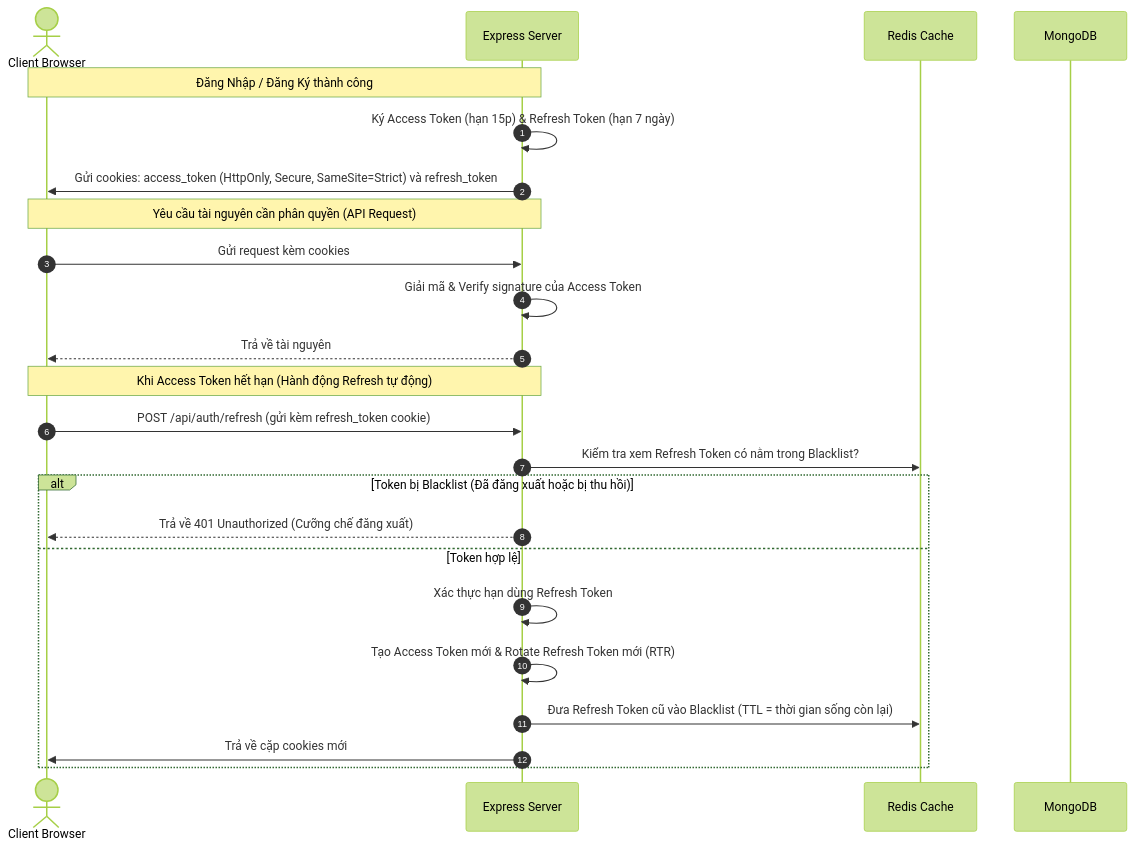
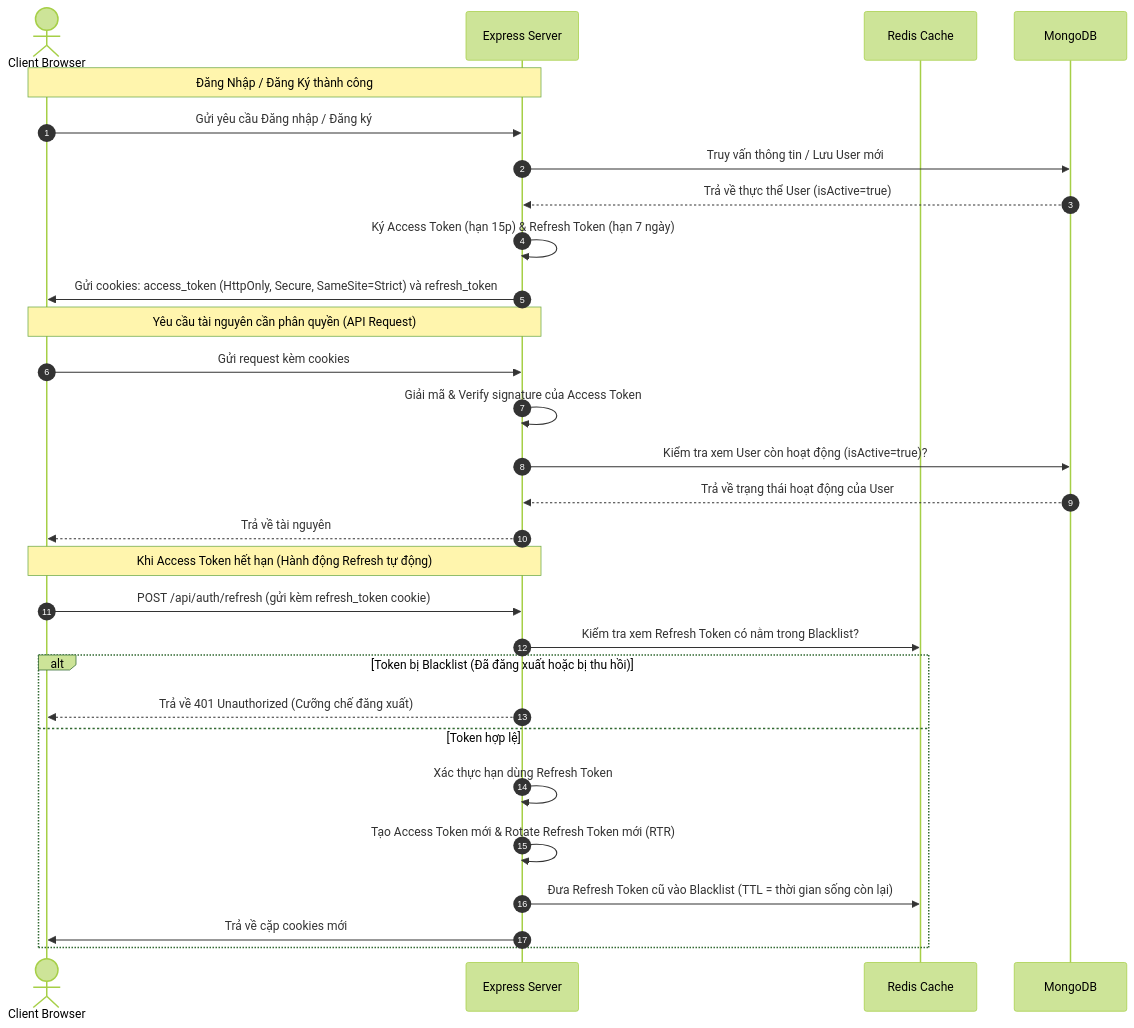
The second of 4 diagrams in docs/01_architecture_and_design.md (fptu-se-su26/swp391-su26-ai-audit-project-swp391_se20a04_group-06), drawn with Mermaid (forest theme) before and after one commit. The commit also changed other lines of this file and 1 other file, not shown here.

Commit message:
docs: update auth flow to show MongoDB queries, replace SMS OTP with Email SMTP OTP, add Webhook response arrows

````diff
--- a/docs/01_architecture_and_design.md
+++ b/docs/01_architecture_and_design.md
@@ -85,29 +85,34 @@
 ```mermaid
 sequenceDiagram
     autonumber
     actor Client as Client Browser
     participant Server as Express Server
     participant Redis as Redis Cache
     participant DB as MongoDB
 
     Note over Client,Server: Đăng Nhập / Đăng Ký thành công
+    Client->>Server: Gửi yêu cầu Đăng nhập / Đăng ký
+    Server->>DB: Truy vấn thông tin / Lưu User mới
+    DB-->>Server: Trả về thực thể User (isActive=true)
     Server->>Server: Ký Access Token (hạn 15p) & Refresh Token (hạn 7 ngày)
     Server->>Client: Gửi cookies: access_token (HttpOnly, Secure, SameSite=Strict) và refresh_token
     
     Note over Client,Server: Yêu cầu tài nguyên cần phân quyền (API Request)
     Client->>Server: Gửi request kèm cookies
     Server->>Server: Giải mã & Verify signature của Access Token
+    Server->>DB: Kiểm tra xem User còn hoạt động (isActive=true)?
+    DB-->>Server: Trả về trạng thái hoạt động của User
     Server-->>Client: Trả về tài nguyên
 
     Note over Client,Server: Khi Access Token hết hạn (Hành động Refresh tự động)
     Client->>Server: POST /api/auth/refresh (gửi kèm refresh_token cookie)
     Server->>Redis: Kiểm tra xem Refresh Token có nằm trong Blacklist?
     alt Token bị Blacklist (Đã đăng xuất hoặc bị thu hồi)
         Server-->>Client: Trả về 401 Unauthorized (Cưỡng chế đăng xuất)
     else Token hợp lệ
         Server->>Server: Xác thực hạn dùng Refresh Token
         Server->>Server: Tạo Access Token mới & Rotate Refresh Token mới (RTR)
         Server->>Redis: Đưa Refresh Token cũ vào Blacklist (TTL = thời gian sống còn lại)
         Server->>Client: Trả về cặp cookies mới
     end
 ```
````
